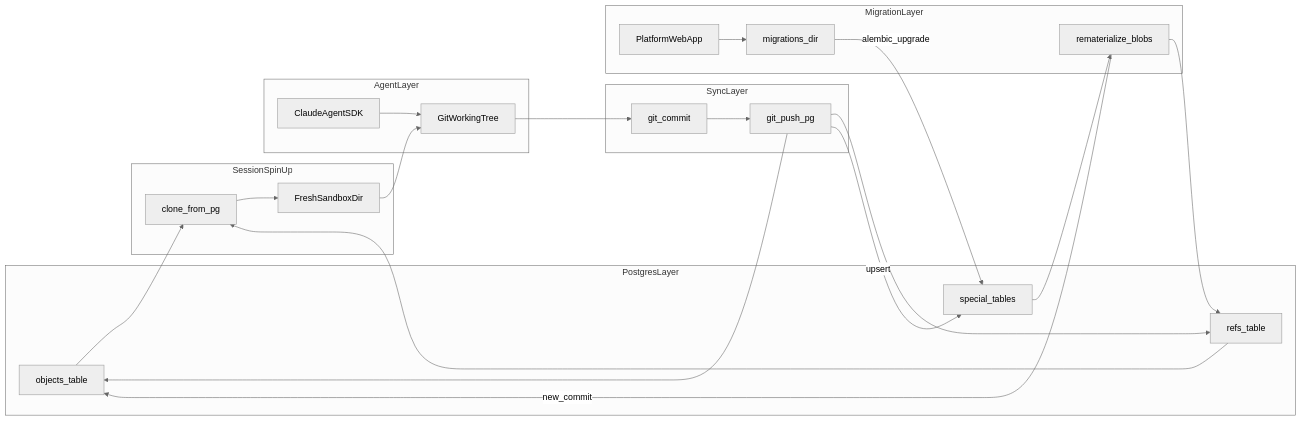
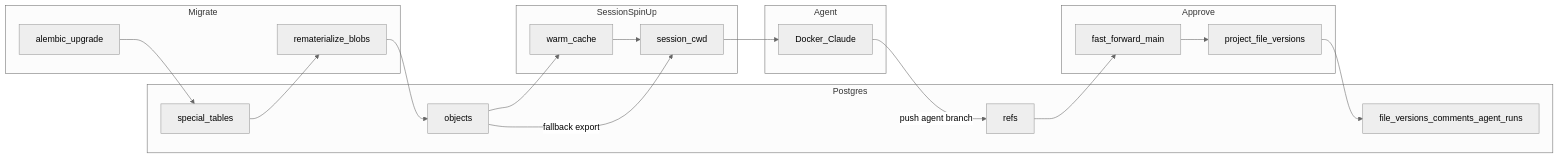
The diagram in docs/SPEC.md (WorldReplica/git-pg), drawn with Mermaid (neutral theme) before and after one commit. The commit also changed other lines of this file and 2 other files, not shown here.

First line of the commit message:
Align SPEC/README with the live demo and fix warm-cache event-loop stalls.

````diff
--- a/docs/SPEC.md
+++ b/docs/SPEC.md
@@ -61,43 +43,35 @@
 ```mermaid
 flowchart LR
-  subgraph pgLayer [PostgresLayer]
-    Objects[objects_table]
-    Refs[refs_table]
+  subgraph pgLayer [Postgres]
+    Objects[objects]
+    Refs[refs]
     Special[special_tables]
+    Product[file_versions_comments_agent_runs]
   end
 
   subgraph spinUp [SessionSpinUp]
-    Clone[clone_from_pg]
-    SandboxDir[FreshSandboxDir]
-    Objects --> Clone
-    Refs --> Clone
-    Clone --> SandboxDir
+    Warm[warm_cache]
+    SandboxDir[session_cwd]
+    Objects --> Warm
+    Warm --> SandboxDir
+    Objects -->|fallback export| SandboxDir
   end
 
-  subgraph agentLayer [AgentLayer]
-    SDK[ClaudeAgentSDK]
-    GitWork[GitWorkingTree]
-    SandboxDir --> GitWork
-    SDK --> GitWork
+  subgraph agentLayer [Agent]
+    Docker[Docker_Claude]
+    SandboxDir --> Docker
+    Docker -->|push agent branch| Refs
   end
 
-  subgraph syncLayer [SyncLayer]
-    Commit[git_commit]
-    Push[git_push_pg]
-    GitWork --> Commit --> Push
-    Push --> Objects
-    Push --> Refs
-    Push -->|upsert| Special
+  subgraph approveLayer [Approve]
+    FF[fast_forward_main]
+    Project[project_file_versions]
+    Refs --> FF --> Project --> Product
   end
 
-  subgraph migrateLayer [MigrationLayer]
-    WebApp[PlatformWebApp]
-    AlembicMigrations[migrations_dir]
+  subgraph migrateLayer [Migrate]
+    Alembic[alembic_upgrade]
     Remat[rematerialize_blobs]
-    WebApp --> AlembicMigrations
-    AlembicMigrations -->|alembic_upgrade| Special
-    Special --> Remat
-    Remat -->|new_commit| Objects
-    Remat --> Refs
+    Alembic --> Special --> Remat --> Objects
   end
 ```
````
